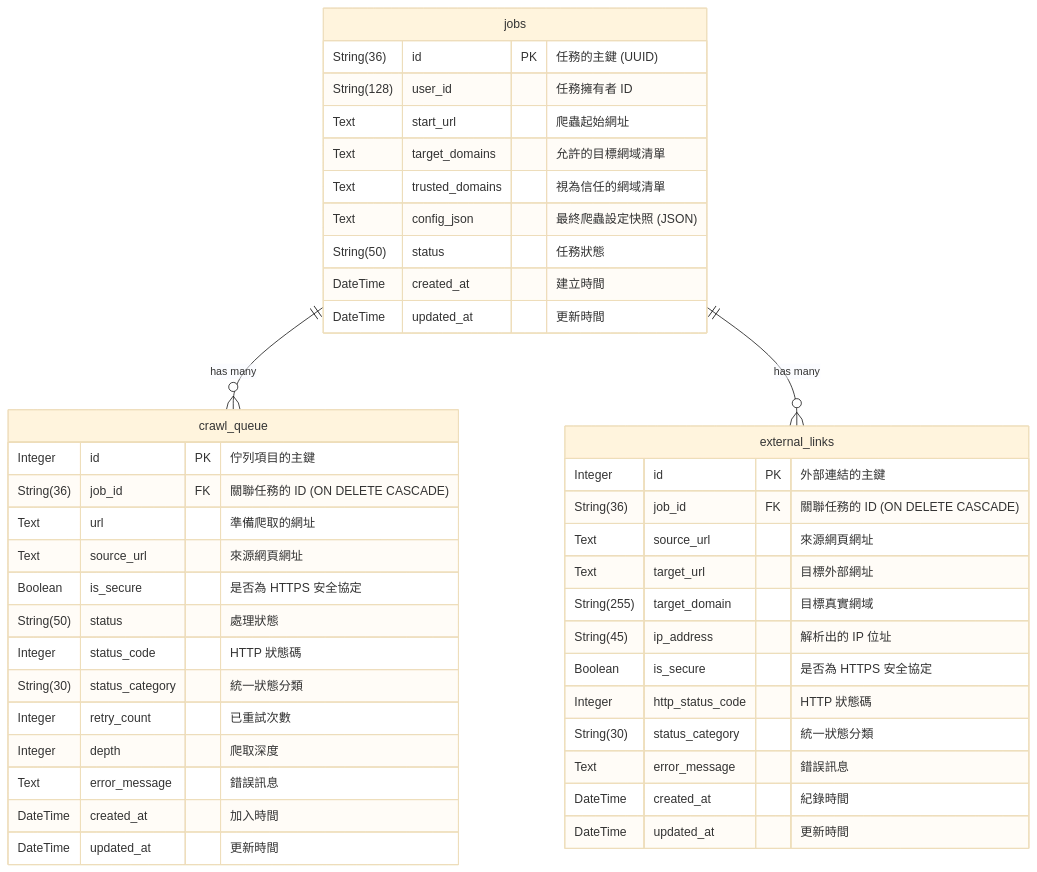
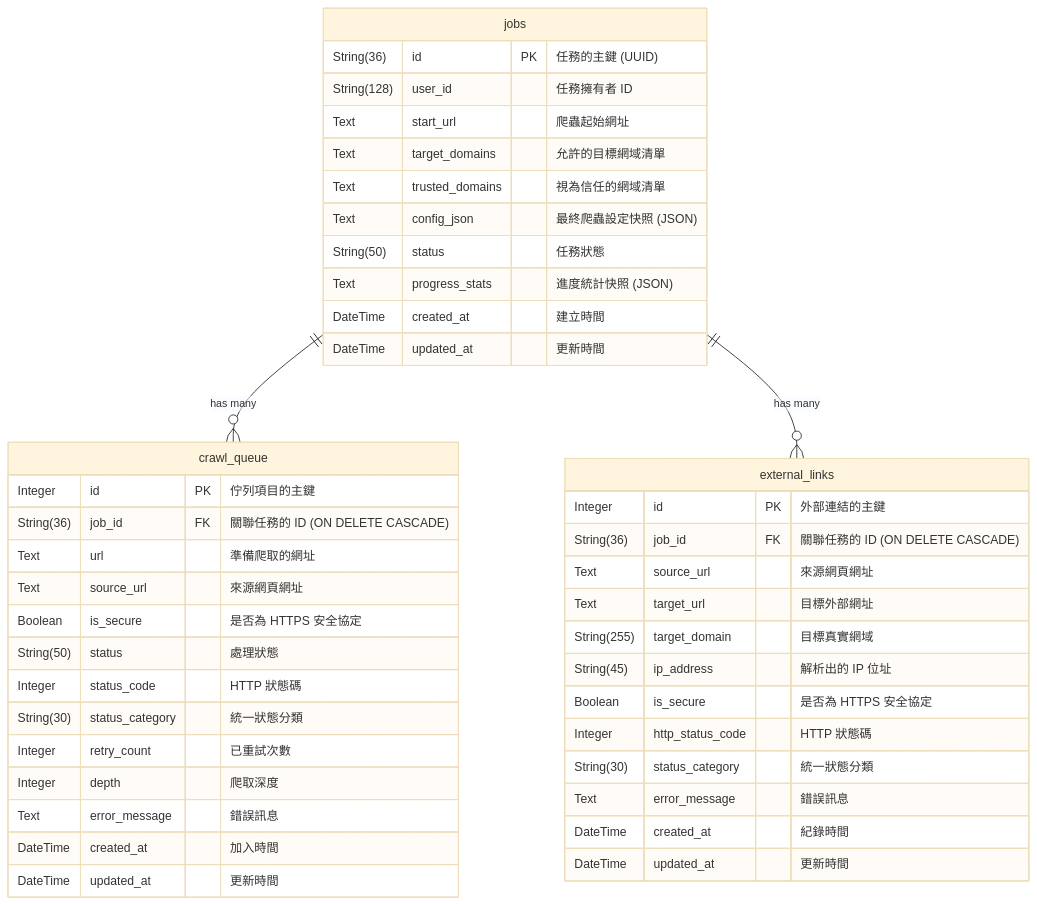
Before and after one commit to mfhsieh/link-checker: the second of 2 diagrams in doc/db_schema.md, drawn with Mermaid (base theme). The commit also changed other lines of this file and 13 other files, not shown here.

````diff
--- a/doc/db_schema.md
+++ b/doc/db_schema.md
@@ -227,45 +227,46 @@
 ```mermaid
 erDiagram
     jobs ||--o{ crawl_queue : "has many"
     jobs ||--o{ external_links : "has many"
     jobs {
         String(36) id PK "任務的主鍵 (UUID)"
         String(128) user_id "任務擁有者 ID"
         Text start_url "爬蟲起始網址"
         Text target_domains "允許的目標網域清單"
         Text trusted_domains "視為信任的網域清單"
         Text config_json "最終爬蟲設定快照 (JSON)"
         String(50) status "任務狀態"
+        Text progress_stats "進度統計快照 (JSON)"
         DateTime created_at "建立時間"
         DateTime updated_at "更新時間"
     }
     crawl_queue {
         Integer id PK "佇列項目的主鍵"
         String(36) job_id FK "關聯任務的 ID (ON DELETE CASCADE)"
         Text url "準備爬取的網址"
         Text source_url "來源網頁網址"
         Boolean is_secure "是否為 HTTPS 安全協定"
         String(50) status "處理狀態"
         Integer status_code "HTTP 狀態碼"
         String(30) status_category "統一狀態分類"
         Integer retry_count "已重試次數"
         Integer depth "爬取深度"
         Text error_message "錯誤訊息"
         DateTime created_at "加入時間"
         DateTime updated_at "更新時間"
     }
     external_links {
         Integer id PK "外部連結的主鍵"
         String(36) job_id FK "關聯任務的 ID (ON DELETE CASCADE)"
         Text source_url "來源網頁網址"
         Text target_url "目標外部網址"
         String(255) target_domain "目標真實網域"
         String(45) ip_address "解析出的 IP 位址"
         Boolean is_secure "是否為 HTTPS 安全協定"
         Integer http_status_code "HTTP 狀態碼"
         String(30) status_category "統一狀態分類"
         Text error_message "錯誤訊息"
         DateTime created_at "紀錄時間"
         DateTime updated_at "更新時間"
     }
 ```
````
